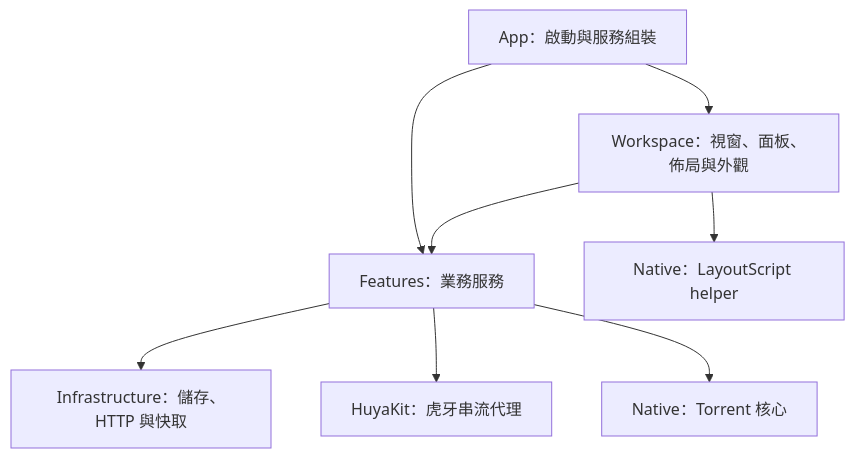
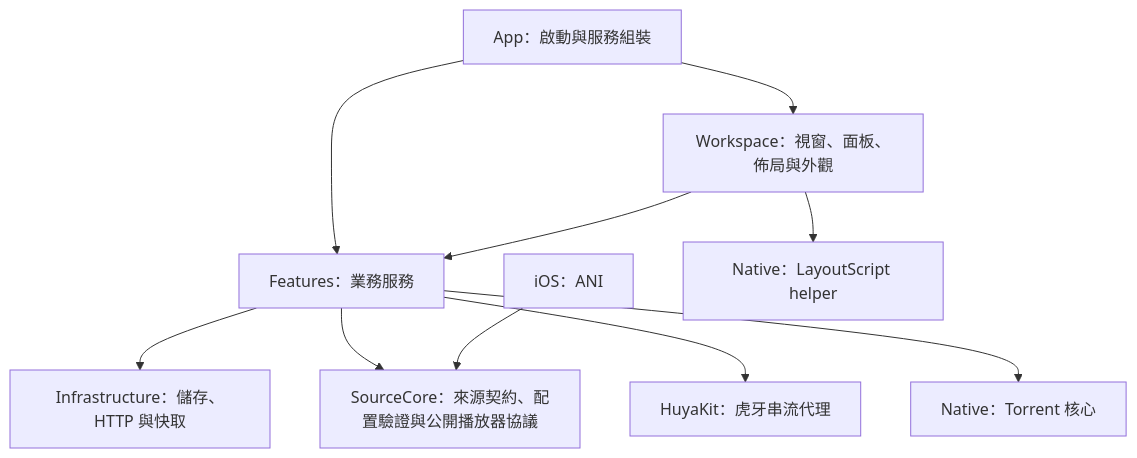
Before and after one commit to Vianssr/iina-ani: the diagram in docs/architecture/PROJECT.md, drawn with Mermaid. The commit also changed other lines of this file and 127 other files, not shown here.

Commit message:
Refactor shared source core and refine playback and BT search

````diff
--- a/docs/architecture/PROJECT.md
+++ b/docs/architecture/PROJECT.md
@@ -9,10 +9,12 @@
 ```mermaid
 flowchart TD
     App[App：啟動與服務組裝] --> Workspace[Workspace：視窗、面板、佈局與外觀]
     App --> Features[Features：業務服務]
     Workspace --> Features
     Features --> Infrastructure[Infrastructure：儲存、HTTP 與快取]
+    Features --> SourceCore[SourceCore：來源契約、配置驗證與公開播放器協議]
+    iOS[iOS：ANI] --> SourceCore
     Features --> HuyaKit[HuyaKit：虎牙串流代理]
     Features --> Torrent[Native：Torrent 核心]
     Workspace --> LayoutScript[Native：LayoutScript helper]
 ```
````
